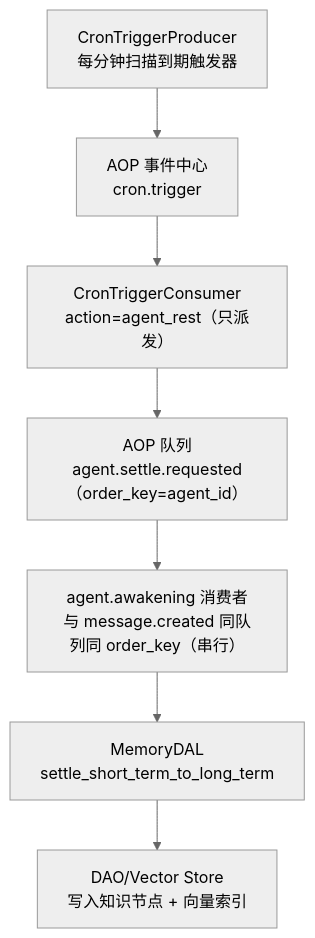
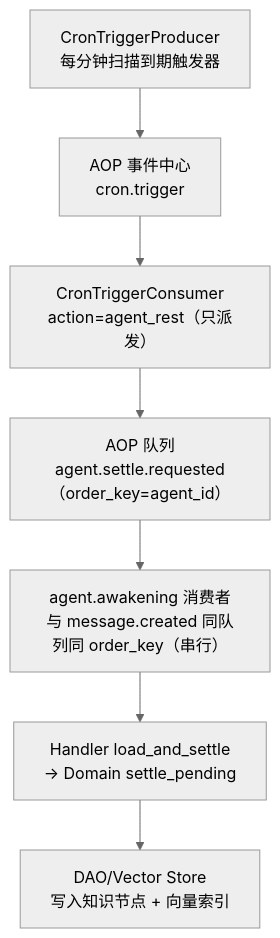
One commit to runningcoders/ai_orz changed the first of 7 diagrams in docs/wiki/zh/content/项目概述/核心功能特性/四层记忆系统/记忆沉淀机制.md. Above: the diagram before and after it, drawn with Mermaid (neutral theme). The commit also changed other lines of this file and 82 other files, not shown here.

````diff
--- a/docs/wiki/zh/content/项目概述/核心功能特性/四层记忆系统/记忆沉淀机制.md
+++ b/docs/wiki/zh/content/项目概述/核心功能特性/四层记忆系统/记忆沉淀机制.md
@@ -70,9 +70,9 @@
 ```mermaid
 graph TB
 A["CronTriggerProducer<br/>每分钟扫描到期触发器"] --> B["AOP 事件中心<br/>cron.trigger"]
 B --> C["CronTriggerConsumer<br/>action=agent_rest（只派发）"]
 C --> F["AOP 队列<br/>agent.settle.requested（order_key=agent_id）"]
 F --> G["agent.awakening 消费者<br/>与 message.created 同队列同 order_key（串行）"]
-G --> D["MemoryDAL<br/>settle_short_term_to_long_term"]
+G --> D["Handler load_and_settle<br/>→ Domain settle_pending"]
 D --> E["DAO/Vector Store<br/>写入知识节点 + 向量索引"]
 ```
````
